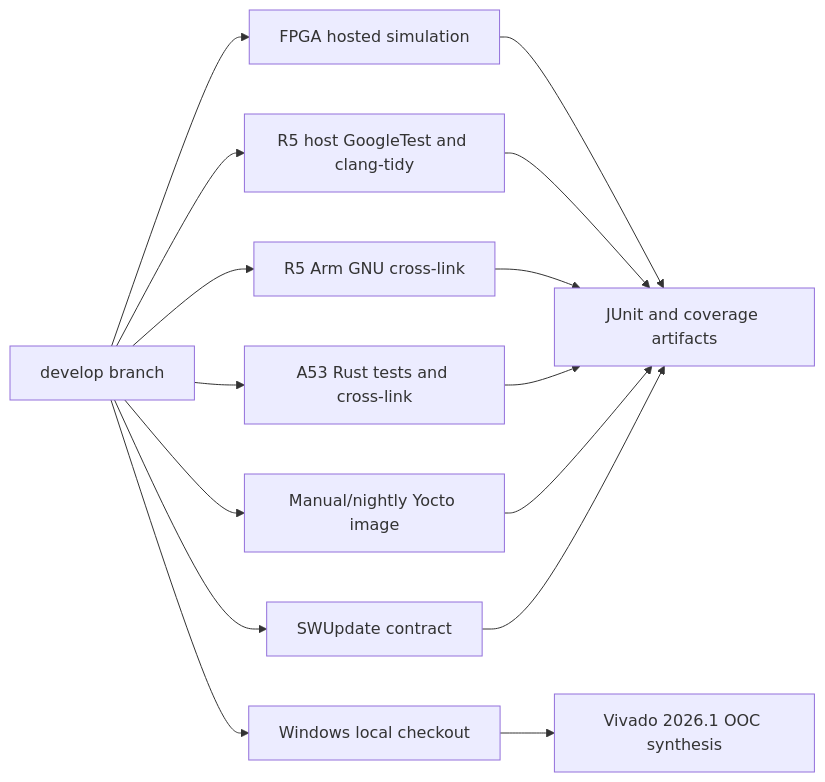
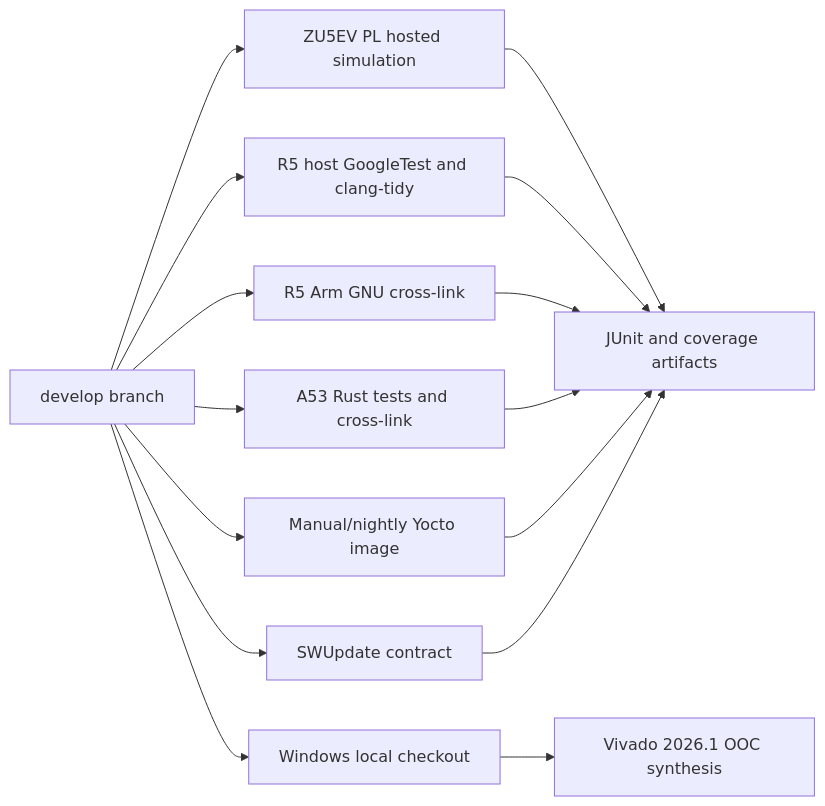
The diagram in docs/architecture/diagrams/build-ci-1.mmd (ps-chong/hft-toy-project), drawn with Mermaid before and after one commit. The commit also changed 37 other files, not shown here.

```diff
--- a/docs/architecture/diagrams/build-ci-1.mmd
+++ b/docs/architecture/diagrams/build-ci-1.mmd
@@ -1,15 +1,15 @@
 flowchart LR
-    Source["develop branch"] --> FPGA["FPGA hosted simulation"]
+    Source["develop branch"] --> FPGA["ZU5EV PL hosted simulation"]
     Source --> R5Host["R5 host GoogleTest and clang-tidy"]
     Source --> R5Cross["R5 Arm GNU cross-link"]
     Source --> Rust["A53 Rust tests and cross-link"]
     Source --> Yocto["Manual/nightly Yocto image"]
     Source --> SWU["SWUpdate contract"]
     Source --> Windows["Windows local checkout"]
     Windows --> Vivado["Vivado 2026.1 OOC synthesis"]
     FPGA --> Reports["JUnit and coverage artifacts"]
     R5Host --> Reports
     R5Cross --> Reports
     Rust --> Reports
     Yocto --> Reports
     SWU --> Reports
```
